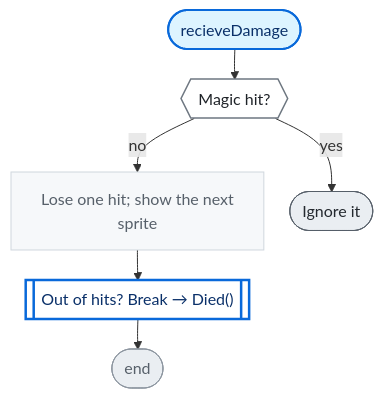
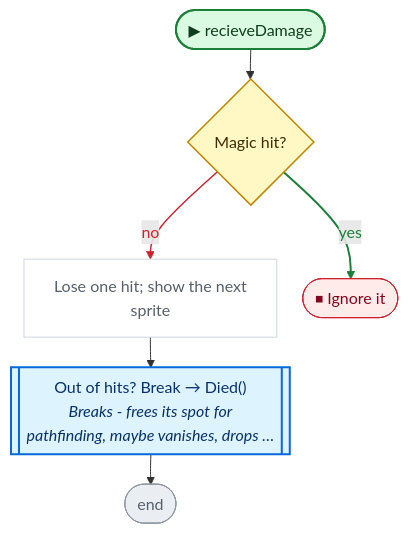
One commit to nataiai/Lord-of-the-Dungeon changed the third of 3 diagrams in CodeGraph~/graph/DestructableObj.cs.md. Above: the diagram before and after it, drawn with Mermaid. The commit also changed other lines of this file and 44 other files, not shown here.

````diff
--- a/CodeGraph~/graph/DestructableObj.cs.md
+++ b/CodeGraph~/graph/DestructableObj.cs.md
@@ -101,37 +107,43 @@
 ```mermaid
 ---
 config:
   flowchart:
     wrappingWidth: 260
     nodeSpacing: 26
     rankSpacing: 30
 ---
 flowchart TD
-  nS(["recieveDamage"])
-  n129e7b{{"Magic hit?"}}
+  nS(["▶ recieveDamage"])
+  n129e7b{"Magic hit?"}
   n9ada94["Lose one hit; show the next<br>sprite"]
-  n300dd8[["Out of hits? Break → Died()"]]
+  n300dd8[["Out of hits? Break → Died()<br><i>Breaks - frees its spot for</i><br><i>pathfinding, maybe vanishes, drops …</i>"]]
   nE(["end"])
-  nb2e4fc(["Ignore it"])
+  nb2e4fc(["⏹ Ignore it"])
   nS --> n129e7b
   n129e7b -->|no| n9ada94
   n129e7b -->|yes| nb2e4fc
   n9ada94 --> n300dd8
   n300dd8 --> nE
-  classDef unity fill:#fff1c2,stroke:#9a6700,stroke-width:2px,color:#3b2300
-  classDef start fill:#ddf4ff,stroke:#0969da,stroke-width:2px,color:#0a3069
-  classDef calc fill:#f6f8fa,stroke:#d0d7de,color:#57606a
-  classDef calls fill:#ffffff,stroke:#0969da,stroke-width:2.5px,color:#0a3069
-  classDef cond fill:#ffffff,stroke:#6e7781,stroke-width:1.5px,color:#1f2328
-  classDef loop fill:#fbefff,stroke:#8250df,color:#3e1f79
-  classDef exit fill:#eaeef2,stroke:#57606a,color:#24292f
-  classDef wait fill:#fff8f0,stroke:#bc4c00,color:#4d1d00
+  linkStyle 1 stroke:#cf222e,stroke-width:1.5px,color:#cf222e
+  linkStyle 2 stroke:#1a7f37,stroke-width:2px,color:#1a7f37
+  classDef unity fill:#dafbe1,stroke:#1a7f37,stroke-width:2px,color:#0f3d1d
+  classDef start fill:#dafbe1,stroke:#1a7f37,stroke-width:2px,color:#0f3d1d
+  classDef calc fill:#ffffff,stroke:#d0d7de,color:#57606a
+  classDef calls fill:#ddf4ff,stroke:#0969da,stroke-width:2px,color:#0a3069
+  classDef ext fill:#ddf4ff,stroke:#0969da,stroke-width:2px,stroke-dasharray:5 3,color:#0a3069
+  classDef cond fill:#fff8c5,stroke:#bf8700,stroke-width:1.5px,color:#3d2a00
+  classDef loop fill:#f6f8fa,stroke:#57606a,color:#1f2328
+  classDef exit fill:#ffebe9,stroke:#cf222e,color:#82071e
+  classDef kill fill:#ffebe9,stroke:#cf222e,stroke-width:2px,color:#82071e
+  classDef spawn fill:#dafbe1,stroke:#1a7f37,stroke-width:2px,color:#0f3d1d
+  classDef wait fill:#fff1e5,stroke:#bc4c00,color:#4d1d00
   classDef fin fill:#eaeef2,stroke:#8c959f,color:#57606a
   classDef join fill:#d0d7de,stroke:#8c959f,color:#57606a
+  classDef ghdr fill:#f5f9ff,stroke:#f5f9ff,color:#0a3069,font-weight:bold
   class n9ada94 calc
   class n300dd8 calls
   class n129e7b cond
   class nb2e4fc exit
   class nE fin
   class nS start
 ```
````
